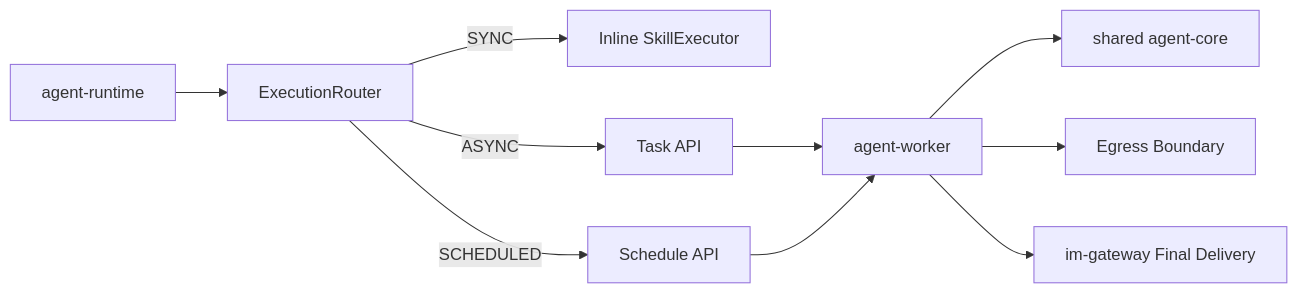
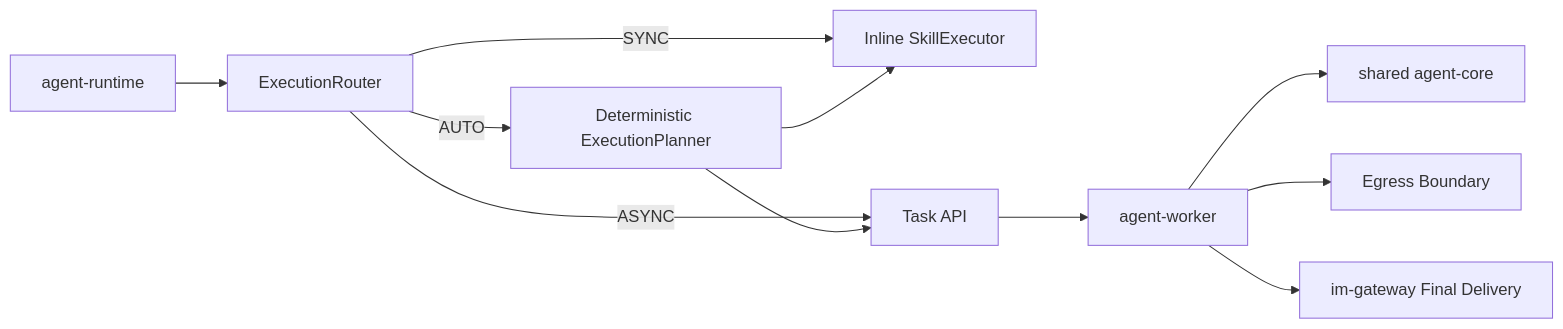
The seventh of 7 diagrams in docs/01-总体架构与部署详细设计.md (Michaelxwb/fluxion-harness), drawn with Mermaid before and after one commit. The commit also changed other lines of this file and 55 other files, not shown here.

````diff
--- a/docs/01-总体架构与部署详细设计.md
+++ b/docs/01-总体架构与部署详细设计.md
@@ -571,12 +630,13 @@
 ```mermaid
 flowchart LR
     AR[agent-runtime] --> ER[ExecutionRouter]
     ER -->|SYNC| SE[Inline SkillExecutor]
     ER -->|ASYNC| TASK[Task API]
-    ER -->|SCHEDULED| SCH[Schedule API]
+    ER -->|AUTO| PL[Deterministic ExecutionPlanner]
+    PL --> SE
+    PL --> TASK
     TASK --> WK[agent-worker]
-    SCH --> WK
     WK --> AC[shared agent-core]
     WK --> EG[Egress Boundary]
     WK --> IG[im-gateway Final Delivery]
 ```
````
